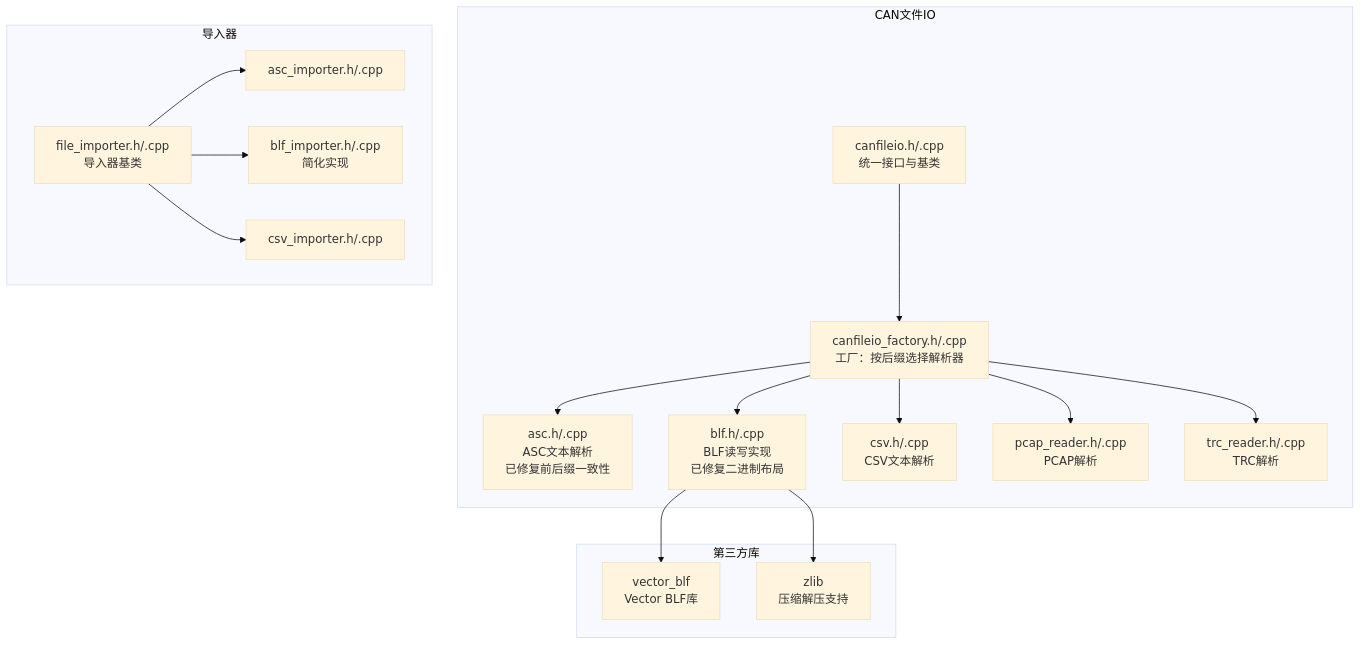
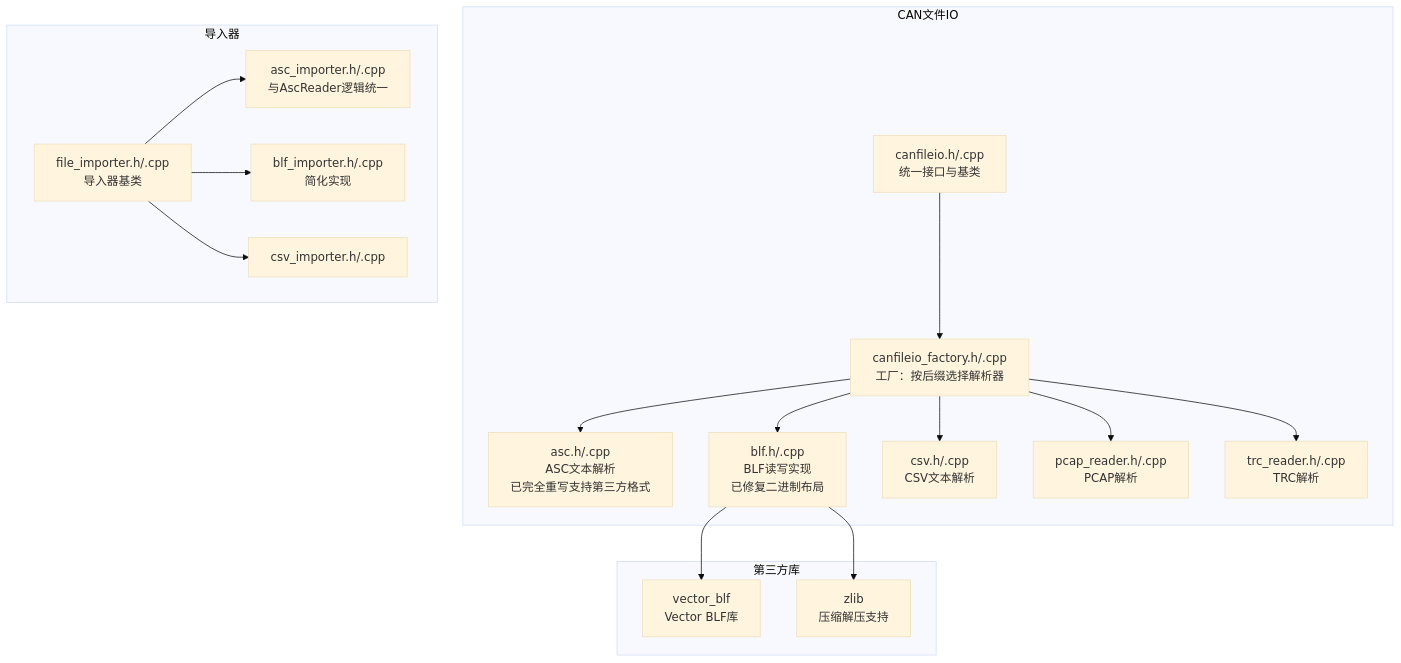
Before and after one commit to jakecai1225-design/OpenBus: the first of 11 diagrams in .qoder/repowiki/zh/content/核心模块详解/CAN文件IO系统.md, drawn with Mermaid (base theme). The commit also changed other lines of this file and 12 other files, not shown here.

Commit message:
graphic回放bug

````diff
--- a/.qoder/repowiki/zh/content/核心模块详解/CAN文件IO系统.md
+++ b/.qoder/repowiki/zh/content/核心模块详解/CAN文件IO系统.md
@@ -60,33 +63,33 @@
 ```mermaid
 graph TB
 subgraph "CAN文件IO"
 A["canfileio.h/.cpp<br/>统一接口与基类"]
 B["canfileio_factory.h/.cpp<br/>工厂：按后缀选择解析器"]
-C["asc.h/.cpp<br/>ASC文本解析<br/>已修复前后缀一致性"]
+C["asc.h/.cpp<br/>ASC文本解析<br/>已完全重写支持第三方格式"]
 D["blf.h/.cpp<br/>BLF读写实现<br/>已修复二进制布局"]
 E["csv.h/.cpp<br/>CSV文本解析"]
 F["pcap_reader.h/.cpp<br/>PCAP解析"]
 G["trc_reader.h/.cpp<br/>TRC解析"]
 end
 subgraph "导入器"
 H["file_importer.h/.cpp<br/>导入器基类"]
-I["asc_importer.h/.cpp"]
+I["asc_importer.h/.cpp<br/>与AscReader逻辑统一"]
 J["blf_importer.h/.cpp<br/>简化实现"]
 K["csv_importer.h/.cpp"]
 end
 subgraph "第三方库"
 L["vector_blf<br/>Vector BLF库"]
 M["zlib<br/>压缩解压支持"]
 end
 A --> B
 B --> C
 B --> D
 B --> E
 B --> F
 B --> G
 H --> I
 H --> J
 H --> K
 D --> L
 D --> M
 ```
````
